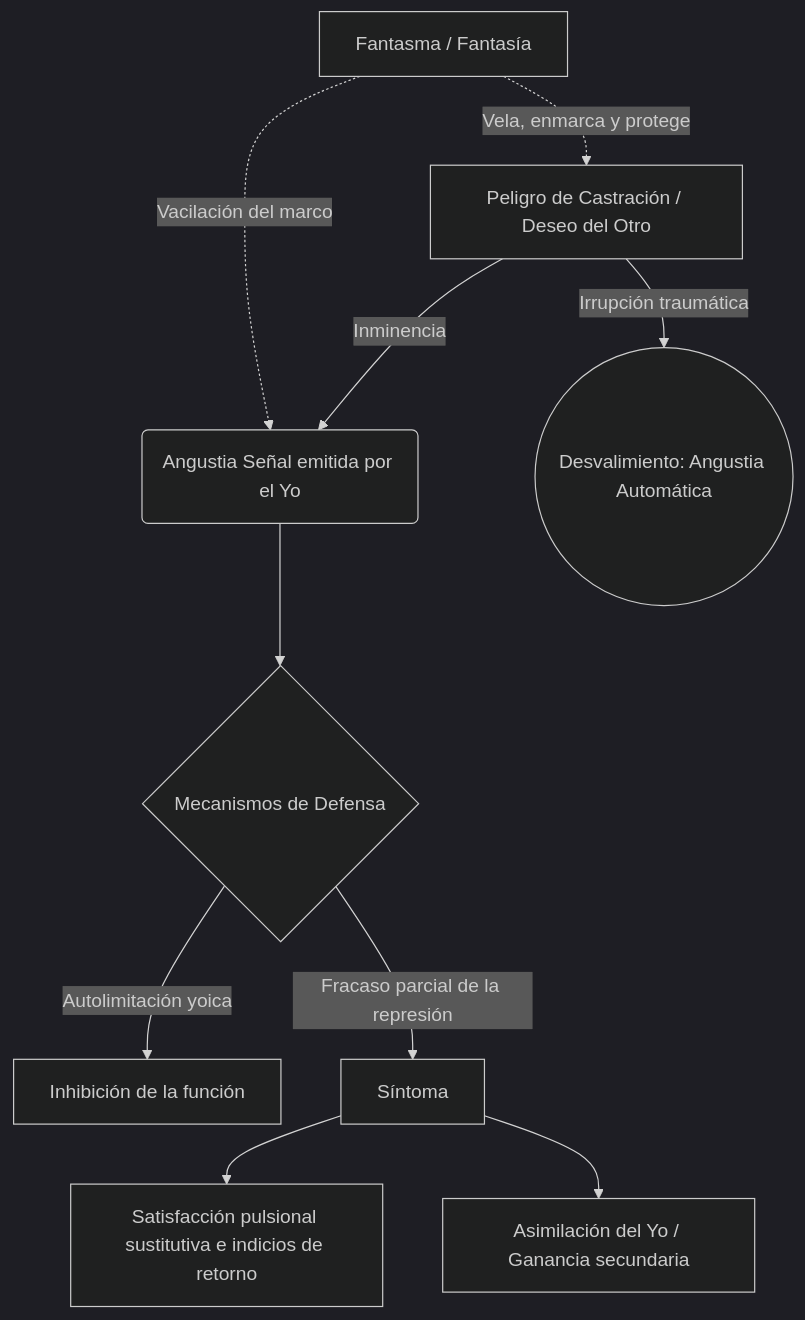
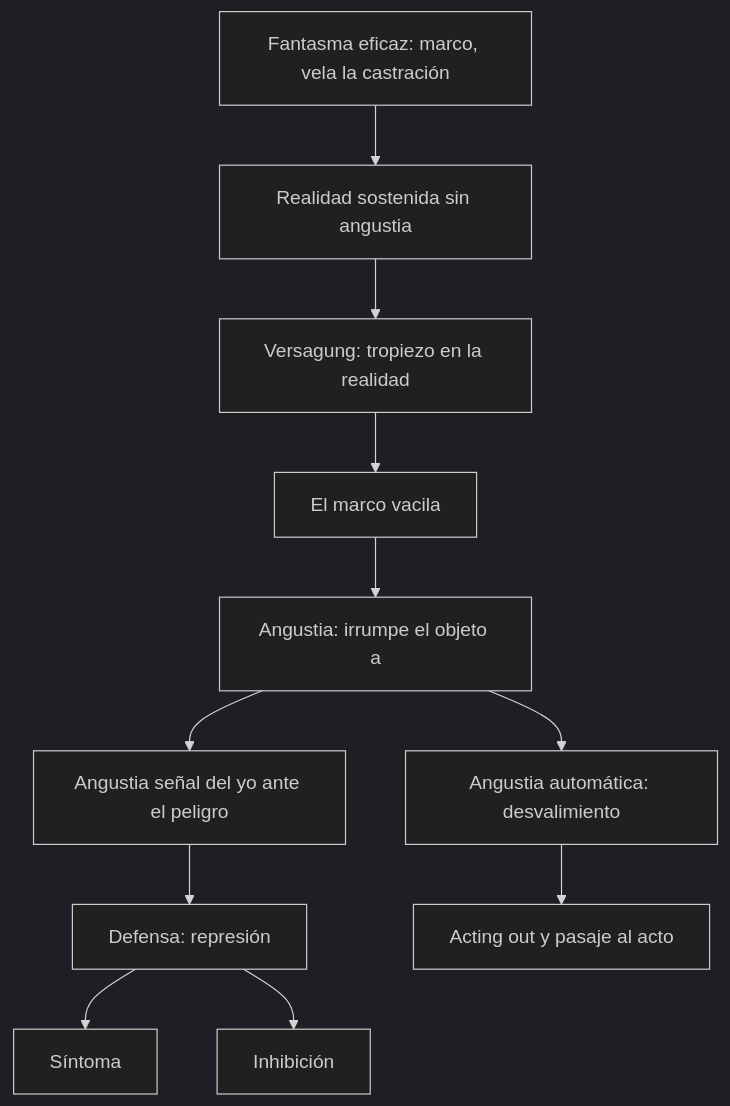
The diagram in 2do Año/Psicoanálisis/3_Guias_de_Estudio/C14_SintomaFantasmaYAngustia_Guia.md (Franco4447/psicologia-favaloro), drawn with Mermaid (dark theme) before and after one commit. The commit also changed other lines of this file and 45 other files, not shown here.

First line of the commit message:
Psicoanálisis: guías, flashcards y Word para el 2.º parcial (C13–C23 y defensa)

````diff
--- a/2do Año/Psicoanálisis/3_Guias_de_Estudio/C14_SintomaFantasmaYAngustia_Guia.md
+++ b/2do Año/Psicoanálisis/3_Guias_de_Estudio/C14_SintomaFantasmaYAngustia_Guia.md
@@ -74,12 +329,13 @@
 ```mermaid
 graph TD
-    A[Peligro de Castración / Deseo del Otro] -->|Inminencia| B(Angustia Señal emitida por el Yo)
-    A -->|Irrupción traumática| Z((Desvalimiento: Angustia Automática))
-    B --> C{Mecanismos de Defensa}
-    C -->|Autolimitación yoica| D[Inhibición de la función]
-    C -->|Fracaso parcial de la represión| E[Síntoma]
-    F[Fantasma / Fantasía] -.->|Vela, enmarca y protege| A
-    F -.->|Vacilación del marco| B
-    E --> G[Satisfacción pulsional sustitutiva e indicios de retorno]
-    E --> H[Asimilación del Yo / Ganancia secundaria]
+    A[Fantasma eficaz: marco, vela la castración] --> B[Realidad sostenida sin angustia]
+    B --> C[Versagung: tropiezo en la realidad]
+    C --> D[El marco vacila]
+    D --> E[Angustia: irrumpe el objeto a]
+    E --> F[Angustia señal del yo ante el peligro]
+    F --> G[Defensa: represión]
+    G --> H[Síntoma]
+    G --> I[Inhibición]
+    E --> J[Angustia automática: desvalimiento]
+    J --> K[Acting out y pasaje al acto]
 ```
````
